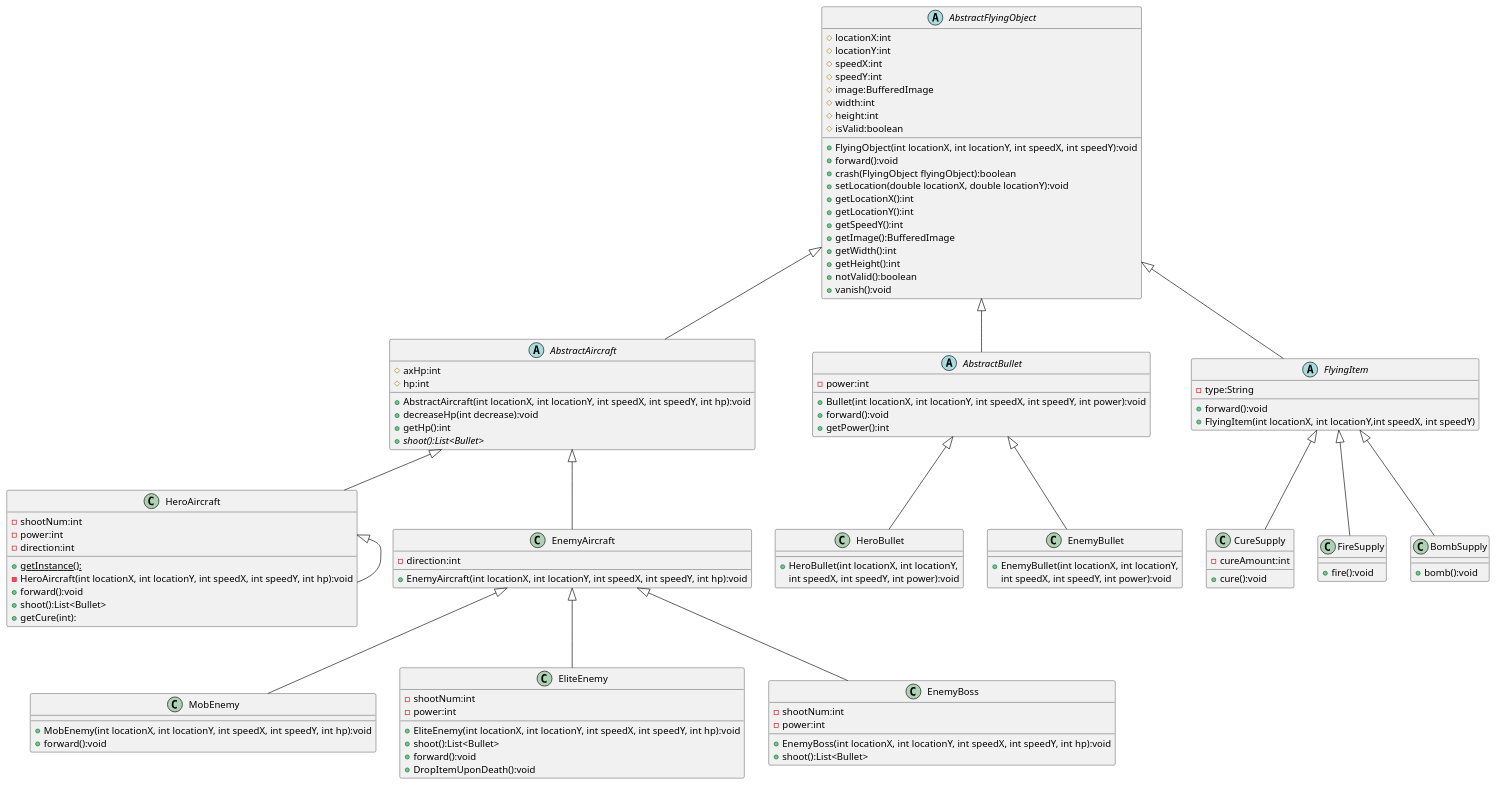
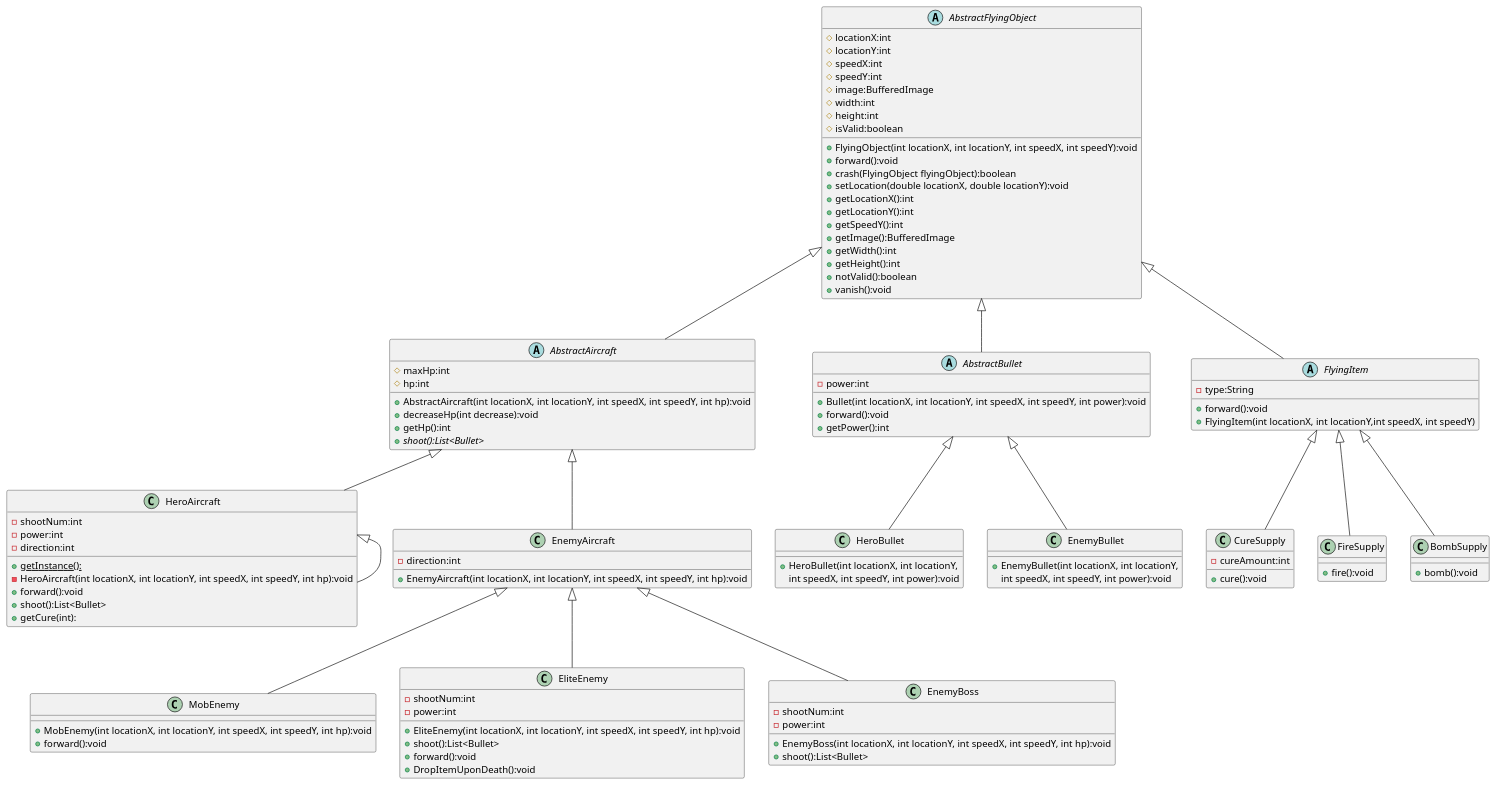
One commit to Requalvia/AircraftWarGame changed the diagram in uml/Inheritence.puml. Above: the diagram before and after it, drawn with PlantUML. The commit also changed 28 other files, not shown here.

```diff
--- a/uml/Inheritence.puml
+++ b/uml/Inheritence.puml
@@ -1,127 +1,127 @@
 @startuml
 'https://plantuml.com/class-diagram
 
 abstract class AbstractFlyingObject
 {
     # locationX:int
     # locationY:int
     # speedX:int
     # speedY:int
     # image:BufferedImage
     # width:int
     # height:int
     # isValid:boolean
 
     + FlyingObject(int locationX, int locationY, int speedX, int speedY):void
     + forward():void
     + crash(FlyingObject flyingObject):boolean
     + setLocation(double locationX, double locationY):void
     + getLocationX():int
     + getLocationY():int
     + getSpeedY():int
     + getImage():BufferedImage
     + getWidth():int
     + getHeight():int
     + notValid():boolean
     + vanish():void
 }
 abstract class AbstractAircraft
 {
-	# axHp:int
+	# maxHp:int
     # hp:int
     + AbstractAircraft(int locationX, int locationY, int speedX, int speedY, int hp):void
     + decreaseHp(int decrease):void
     + getHp():int
     + {abstract} shoot():List<Bullet>
 
  }
 
 abstract class AbstractBullet
 {
     - power:int
     + Bullet(int locationX, int locationY, int speedX, int speedY, int power):void
     + forward():void
 	+ getPower():int
 }
 
 AbstractFlyingObject <|-- AbstractAircraft
 AbstractFlyingObject <|-- AbstractBullet
 
 AbstractAircraft <|-- HeroAircraft
 AbstractAircraft <|-- EnemyAircraft
 
 EnemyAircraft <|-- MobEnemy
 EnemyAircraft <|-- EliteEnemy
 EnemyAircraft <|-- EnemyBoss
 
 AbstractBullet <|-- HeroBullet
 AbstractBullet <|-- EnemyBullet
 HeroAircraft <|-- HeroAircraft
 class HeroAircraft {
     - shootNum:int
     - power:int
     - direction:int
     + {static} getInstance():
     - HeroAircraft(int locationX, int locationY, int speedX, int speedY, int hp):void
     + forward():void
     + shoot():List<Bullet>
     + getCure(int):
 }
 
 class EnemyAircraft{
     - direction:int
     + EnemyAircraft(int locationX, int locationY, int speedX, int speedY, int hp):void
 }
 
 
 
 class MobEnemy {
     + MobEnemy(int locationX, int locationY, int speedX, int speedY, int hp):void
     + forward():void
 }
 class EliteEnemy{
     - shootNum:int
     - power:int
     + EliteEnemy(int locationX, int locationY, int speedX, int speedY, int hp):void
     + shoot():List<Bullet>
     + forward():void
     + DropItemUponDeath():void
 
 }
 class EnemyBoss{
     - shootNum:int
     - power:int
     + EnemyBoss(int locationX, int locationY, int speedX, int speedY, int hp):void
     + shoot():List<Bullet>
 
 }
 class HeroBullet {
     + HeroBullet(int locationX, int locationY,
      int speedX, int speedY, int power):void
 }
 
 class EnemyBullet {
     + EnemyBullet(int locationX, int locationY,
      int speedX, int speedY, int power):void
 }
 AbstractFlyingObject <|-- FlyingItem
 abstract class FlyingItem{
     - type:String
     +forward():void
     + FlyingItem(int locationX, int locationY,int speedX, int speedY)
 
 }
 FlyingItem <|-- CureSupply
 FlyingItem <|-- FireSupply
 FlyingItem <|-- BombSupply
 class CureSupply{
     -cureAmount:int
     +cure():void
 }
 class FireSupply{
     +fire():void
 }
 class BombSupply{
     +bomb():void
 }
 @enduml
```
